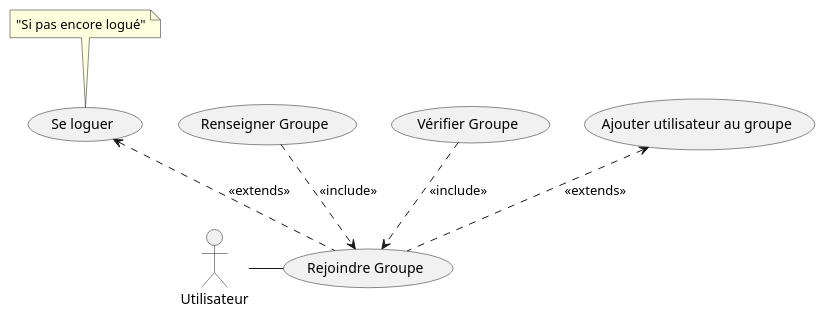
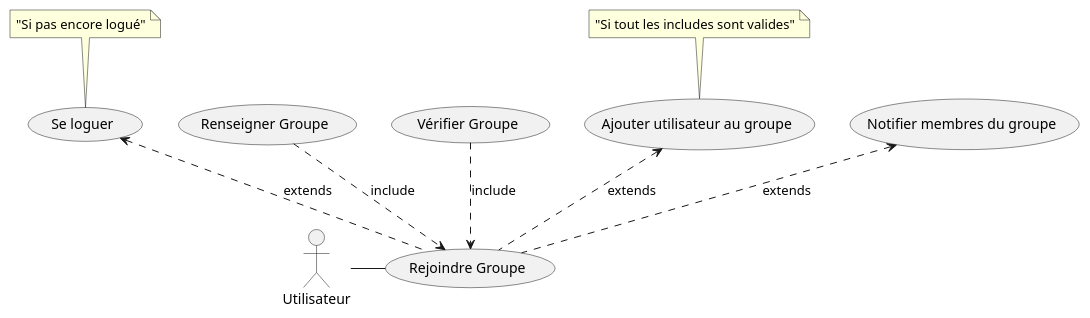
Before and after one commit to clementfvrl/projet_linux: the diagram in docs/use_cases/RejoindreGroupe.puml, drawn with PlantUML. The commit also changed 7 other files, not shown here.

```diff
--- a/docs/use_cases/RejoindreGroupe.puml
+++ b/docs/use_cases/RejoindreGroupe.puml
@@ -1,19 +1,21 @@
 @startuml
 
 actor Utilisateur as User
 
 top to bottom direction
 
 usecase (Rejoindre Groupe) as join
 
 :User: -right- join
 
-(Se loguer) <.. join : << extends >> 
+(Se loguer) <.. join :  extends  
 
 note top of  (Se loguer) : "Si pas encore logué"
 
-(Renseigner Groupe) ..> join : << include >>
-(Vérifier Groupe) ..> join : << include >>
-(Ajouter utilisateur au groupe) <.. join : << extends >>
+(Renseigner Groupe) ..> join : include 
+(Vérifier Groupe) ..> join : include 
+(Ajouter utilisateur au groupe) <.. join :  extends 
+note top of  (Ajouter utilisateur au groupe) : "Si tout les includes sont valides"
+(Notifier membres du groupe) <.. join :  extends
 
 @enduml
```
